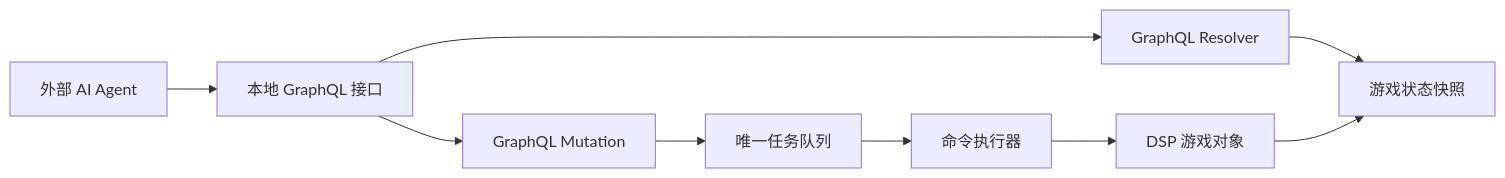
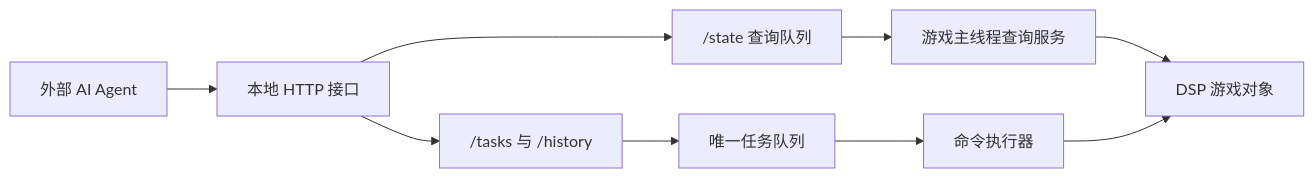
One commit to yeliex/AutomaticDSP changed the diagram in docs/technical-design.md. Above: the diagram before and after it, drawn with Mermaid. The commit also changed other lines of this file and 12 other files, not shown here.

````diff
--- a/docs/technical-design.md
+++ b/docs/technical-design.md
@@ -11,11 +11,11 @@
 ```mermaid
 flowchart LR
-  Agent["外部 AI Agent"] --> GraphQL["本地 GraphQL 接口"]
-  GraphQL --> Query["GraphQL Resolver"]
-  GraphQL --> Mutation["GraphQL Mutation"]
-  Query --> Snapshot["游戏状态快照"]
-  Mutation --> Queue["唯一任务队列"]
+  Agent["外部 AI Agent"] --> HTTP["本地 HTTP 接口"]
+  HTTP --> StateQuery["/state 查询队列"]
+  HTTP --> TaskApi["/tasks 与 /history"]
+  StateQuery --> MainThread["游戏主线程查询服务"]
+  MainThread --> Game["DSP 游戏对象"]
+  TaskApi --> Queue["唯一任务队列"]
   Queue --> Executor["命令执行器"]
   Executor --> Game["DSP 游戏对象"]
-  Game --> Snapshot
 ```
````
